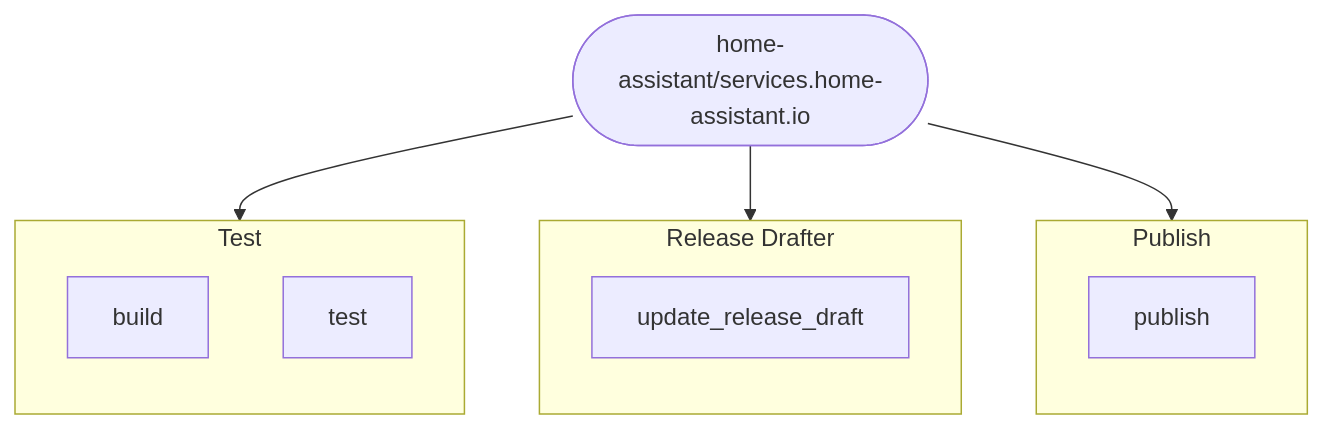
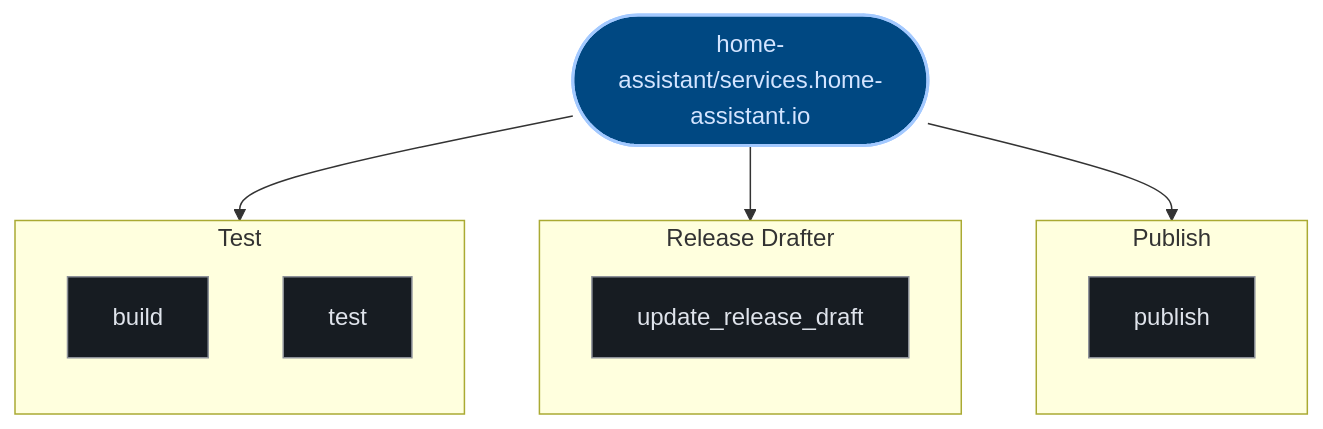
One commit to kumarshaz/atruss-code-atlas changed the third of 3 diagrams in exports/latest/reports/home-assistant-services.home-assistant.io-report.md. Above: the diagram before and after it, drawn with Mermaid. The commit also changed other lines of this file and 331 other files, not shown here.

Commit message:
docs,ui,fix: update SDLC docs, reorder CI/CD DAG first, stylize Mermaid, and fix Arc42 pipeline topology

````diff
--- a/exports/latest/reports/home-assistant-services.home-assistant.io-report.md
+++ b/exports/latest/reports/home-assistant-services.home-assistant.io-report.md
@@ -113,20 +124,27 @@
 ```mermaid
 graph TD;
-  pipeline_root(["home-assistant/services.home-assistant.io"])
+  classDef atlasRoot fill:#004882,stroke:#a3c9ff,stroke-width:2px,color:#d3e4ff
+  classDef atlasCategory fill:#212428,stroke:#E87A48,stroke-width:1.5px,color:#dfe3eb
+  classDef atlasWorkflow fill:#1b2026,stroke:#a3c9ff,stroke-width:1.5px,color:#dfe3eb
+  classDef atlasJob fill:#171c22,stroke:#8d9199,stroke-width:1px,color:#dfe3eb
+  classDef atlasTarget fill:#005227,stroke:#8bd99b,stroke-width:1.5px,color:#a7f6b6
+  classDef atlasAlert fill:#93000a,stroke:#ffb4ab,stroke-width:1.5px,color:#ffdad6
+  classDef atlasMore fill:#252a31,stroke:#8d9199,stroke-dasharray:4 4,color:#c3c6cf
+  pipeline_root(["home-assistant/services.home-assistant.io"]):::atlasRoot
   subgraph Publish_0["Publish"]
     direction TB
-    0_publish["publish"]
+    0_publish["publish"]:::atlasJob
   end
   pipeline_root --> 0_publish
   subgraph Release_Drafter_1["Release Drafter"]
     direction TB
-    1_update_release_draft["update_release_draft"]
+    1_update_release_draft["update_release_draft"]:::atlasJob
   end
   pipeline_root --> 1_update_release_draft
   subgraph Test_2["Test"]
     direction TB
-    2_build["build"]
-    2_test["test"]
+    2_build["build"]:::atlasJob
+    2_test["test"]:::atlasJob
   end
   pipeline_root --> 2_build
 ```
````
